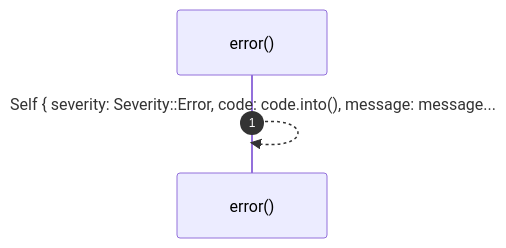
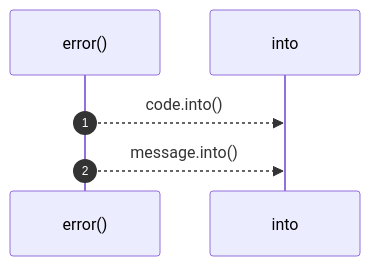
The first of 3 diagrams in docs/self-model/robby_ir/model/impl-diagnostic.md (RyanGuild/self-describing-code), drawn with Mermaid before and after one commit. The commit also changed other lines of this file and 1404 other files, not shown here.

````diff
--- a/docs/self-model/robby_ir/model/impl-diagnostic.md
+++ b/docs/self-model/robby_ir/model/impl-diagnostic.md
@@ -58,6 +62,8 @@
 ```mermaid
 sequenceDiagram
     autonumber
     participant error as error()
-    error-->>error: Self { severity: Severity::Error, code: code.into(), message: message...
+    participant into as into
+    error-->>into: code.into()
+    error-->>into: message.into()
 ```
````
